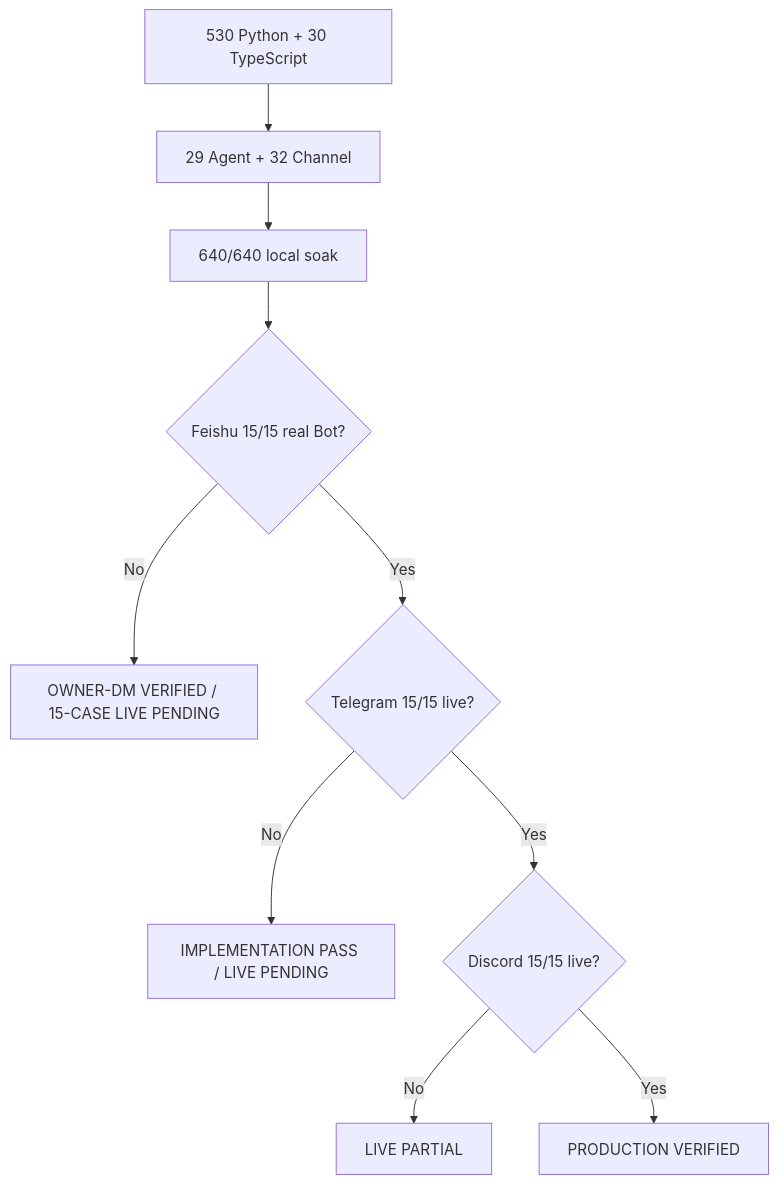
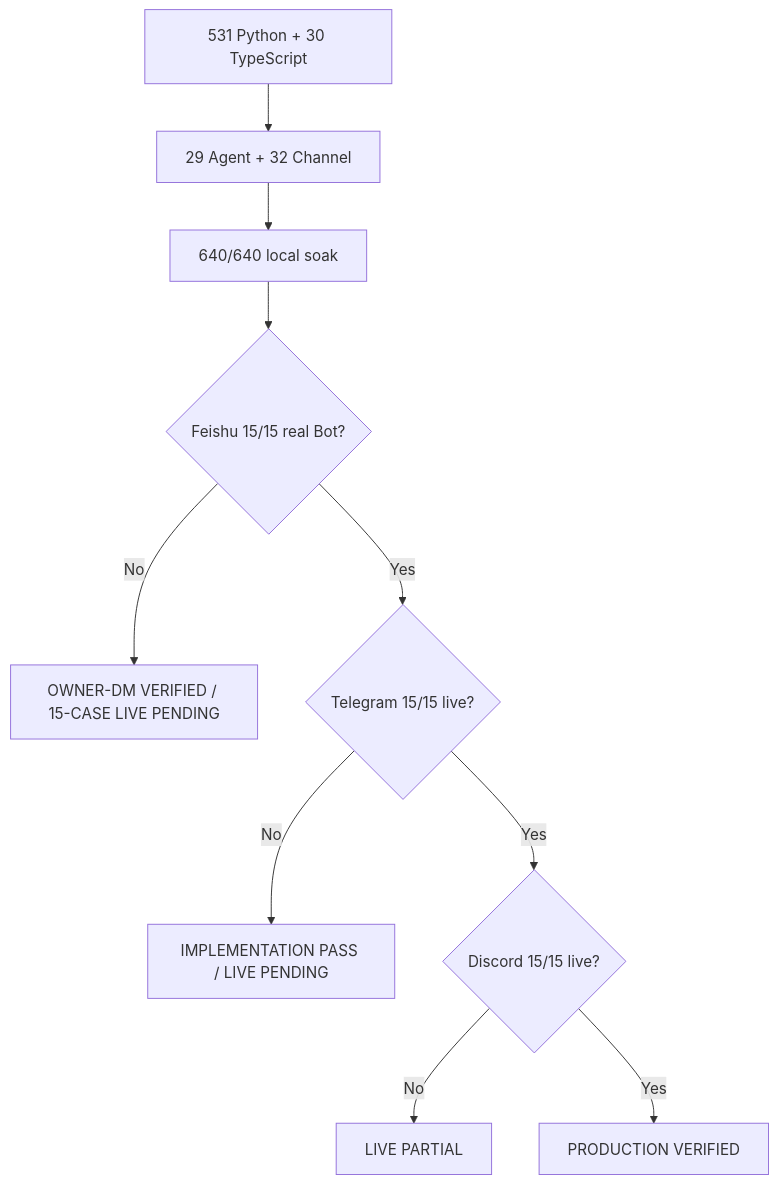
The second of 2 diagrams in docs/engineering/phase-5/testing-and-live-acceptance.md (NEDONION/lobster0), drawn with Mermaid before and after one commit. The commit also changed other lines of this file and 44 other files, not shown here.

````diff
--- a/docs/engineering/phase-5/testing-and-live-acceptance.md
+++ b/docs/engineering/phase-5/testing-and-live-acceptance.md
@@ -239,12 +239,12 @@
 ```mermaid
 flowchart TD
-    A["530 Python + 30 TypeScript"] --> B["29 Agent + 32 Channel"]
+    A["531 Python + 30 TypeScript"] --> B["29 Agent + 32 Channel"]
     B --> C["640/640 local soak"]
     C --> F{"Feishu 15/15 real Bot?"}
     F -->|"No"| R["OWNER-DM VERIFIED / 15-CASE LIVE PENDING"]
     F -->|"Yes"| D{"Telegram 15/15 live?"}
     D -->|"No"| P["IMPLEMENTATION PASS / LIVE PENDING"]
     D -->|"Yes"| E{"Discord 15/15 live?"}
     E -->|"No"| L["LIVE PARTIAL"]
     E -->|"Yes"| V["PRODUCTION VERIFIED"]
 ```
````
